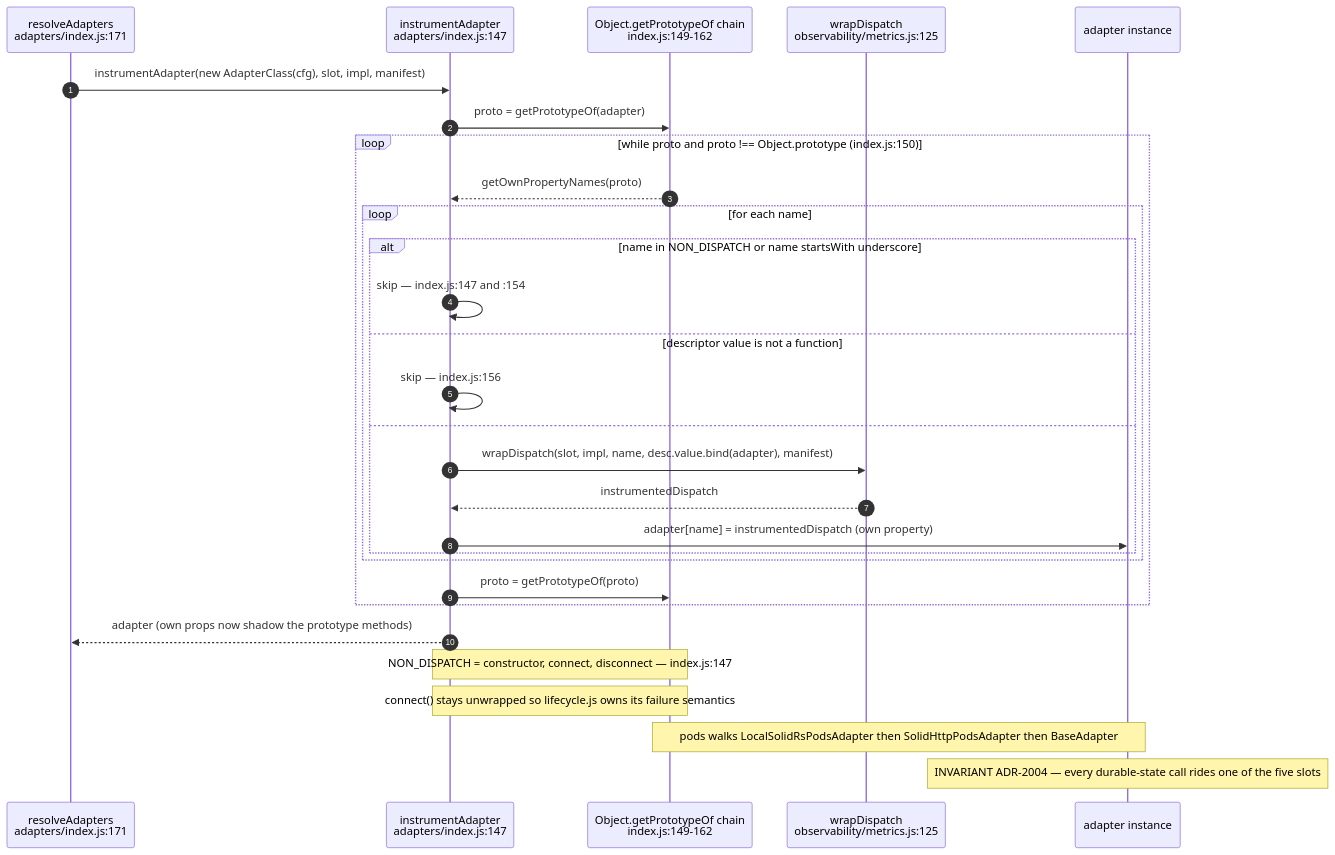
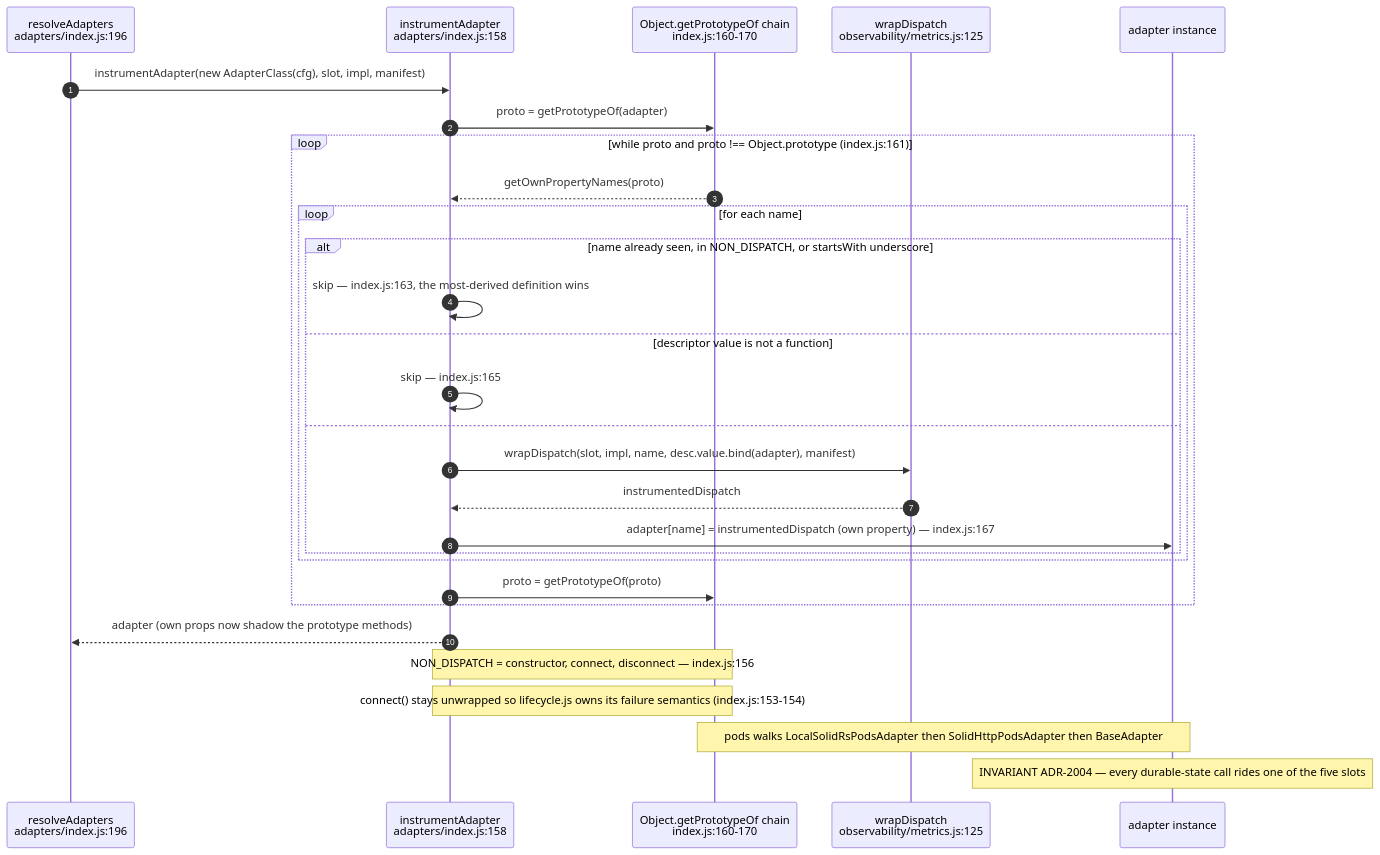
One commit to DreamLab-AI/VisionFlow changed the third of 15 diagrams in docs/diagrams/agentbox/04-adapter-spine.md. Above: the diagram before and after it, drawn with Mermaid. The commit also changed other lines of this file and 173 other files, not shown here.

````diff
--- a/docs/diagrams/agentbox/04-adapter-spine.md
+++ b/docs/diagrams/agentbox/04-adapter-spine.md
@@ -147,32 +154,32 @@
 ```mermaid
 sequenceDiagram
     autonumber
-    participant RA as resolveAdapters<br/>adapters/index.js:171
-    participant IA as instrumentAdapter<br/>adapters/index.js:147
-    participant PR as Object.getPrototypeOf chain<br/>index.js:149-162
+    participant RA as resolveAdapters<br/>adapters/index.js:196
+    participant IA as instrumentAdapter<br/>adapters/index.js:158
+    participant PR as Object.getPrototypeOf chain<br/>index.js:160-170
     participant WD as wrapDispatch<br/>observability/metrics.js:125
     participant A as adapter instance
 
     RA->>IA: instrumentAdapter(new AdapterClass(cfg), slot, impl, manifest)
     IA->>PR: proto = getPrototypeOf(adapter)
-    loop while proto and proto !== Object.prototype (index.js:150)
+    loop while proto and proto !== Object.prototype (index.js:161)
         PR-->>IA: getOwnPropertyNames(proto)
         loop for each name
-            alt name in NON_DISPATCH or name startsWith underscore
-                IA->>IA: skip — index.js:147 and :154
+            alt name already seen, in NON_DISPATCH, or startsWith underscore
+                IA->>IA: skip — index.js:163, the most-derived definition wins
             else descriptor value is not a function
-                IA->>IA: skip — index.js:156
+                IA->>IA: skip — index.js:165
             else
                 IA->>WD: wrapDispatch(slot, impl, name, desc.value.bind(adapter), manifest)
                 WD-->>IA: instrumentedDispatch
-                IA->>A: adapter[name] = instrumentedDispatch (own property)
+                IA->>A: adapter[name] = instrumentedDispatch (own property) — index.js:167
             end
         end
         IA->>PR: proto = getPrototypeOf(proto)
     end
     IA-->>RA: adapter (own props now shadow the prototype methods)
-    Note over IA,PR: NON_DISPATCH = constructor, connect, disconnect — index.js:147
-    Note over IA,PR: connect() stays unwrapped so lifecycle.js owns its failure semantics
+    Note over IA,PR: NON_DISPATCH = constructor, connect, disconnect — index.js:156
+    Note over IA,PR: connect() stays unwrapped so lifecycle.js owns its failure semantics (index.js:153-154)
     Note over PR,A: pods walks LocalSolidRsPodsAdapter then SolidHttpPodsAdapter then BaseAdapter
     Note over A: INVARIANT ADR-2004 — every durable-state call rides one of the five slots
 ```
````
